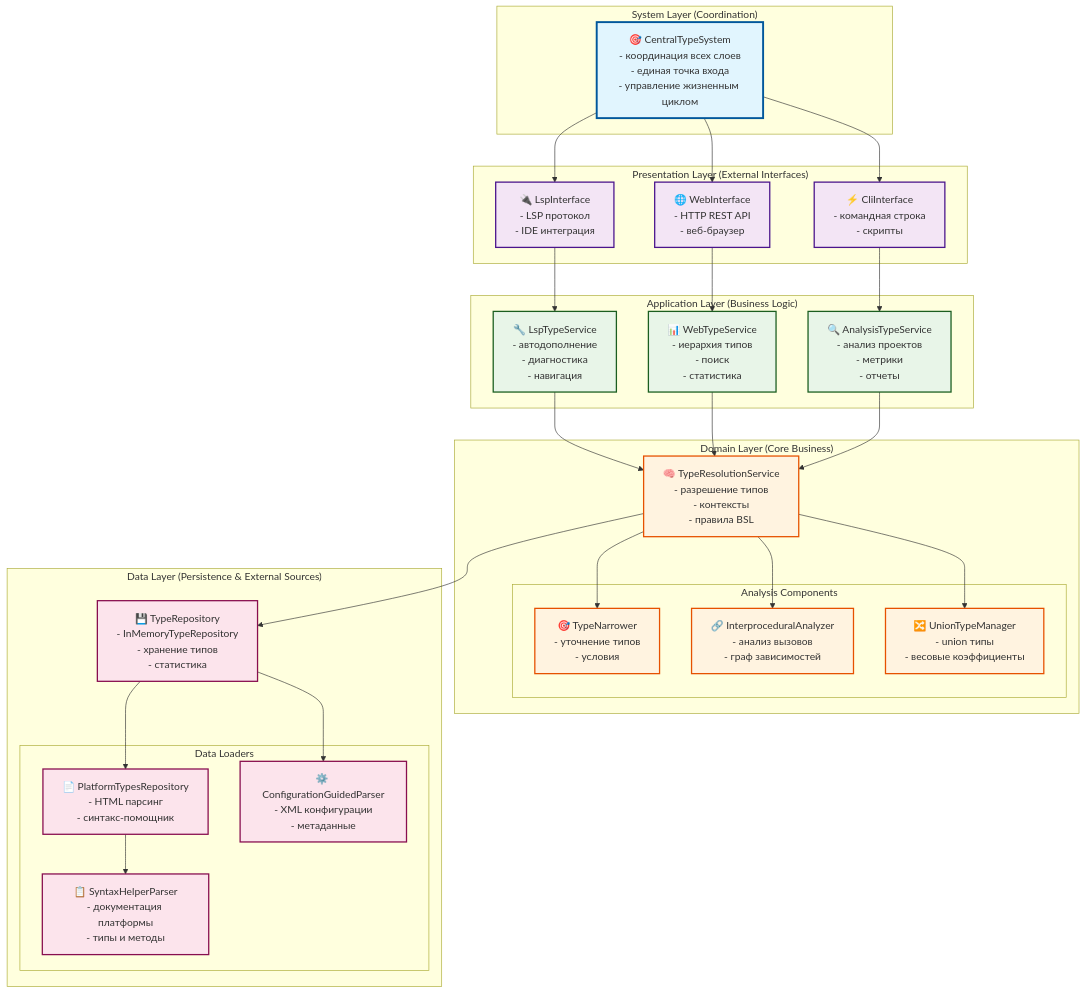
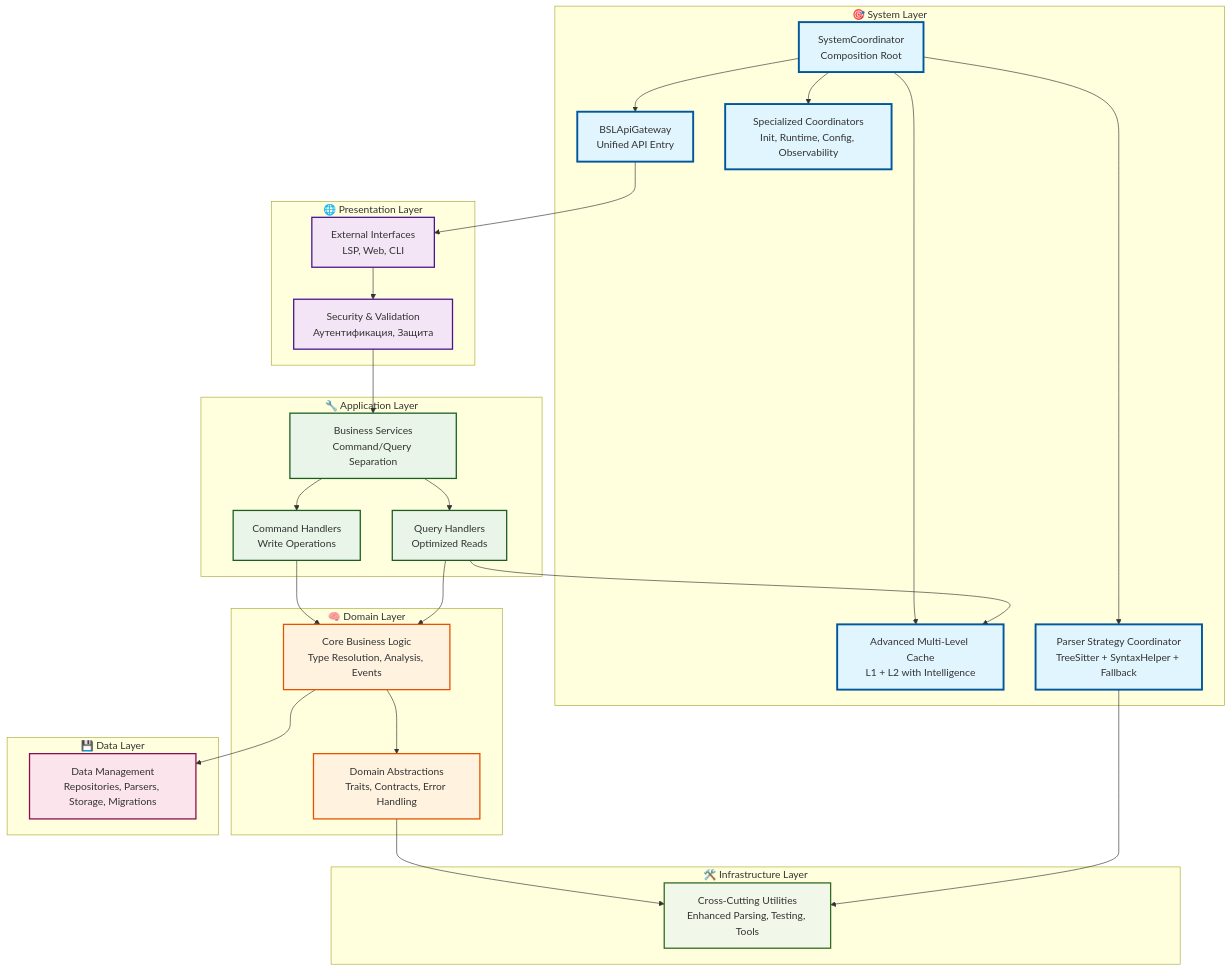
Before and after one commit to defin85/bsl-gradual-types: the first of 8 diagrams in docs/architecture_layers_diagram.md, drawn with Mermaid. The commit also changed other lines of this file and 68 other files, not shown here.

First line of the commit message:
feat: Implement System Coordinator and Type System Service

````diff
--- a/docs/architecture_layers_diagram.md
+++ b/docs/architecture_layers_diagram.md
@@ -5,74 +310,70 @@
 ```mermaid
 graph TB
-    subgraph "System Layer (Coordination)"
-        CentralTypeSystem["🎯 CentralTypeSystem<br/>- координация всех слоев<br/>- единая точка входа<br/>- управление жизненным циклом"]
+    subgraph "🎯 System Layer"
+        SystemCoord[SystemCoordinator<br/>Composition Root]
+        ApiGateway[BSLApiGateway<br/>Unified API Entry]
+        SpecializedCoords[Specialized Coordinators<br/>Init, Runtime, Config, Observability]
+        EnhancedCache[Advanced Multi-Level Cache<br/>L1 + L2 with Intelligence]
+        ParserStrategies[Parser Strategy Coordinator<br/>TreeSitter + SyntaxHelper + Fallback]
     end
 
-    subgraph "Presentation Layer (External Interfaces)"
-        LspInterface["🔌 LspInterface<br/>- LSP протокол<br/>- IDE интеграция"]
-        WebInterface["🌐 WebInterface<br/>- HTTP REST API<br/>- веб-браузер"]
-        CliInterface["⚡ CliInterface<br/>- командная строка<br/>- скрипты"]
+    subgraph "🌐 Presentation Layer"
+        Interfaces[External Interfaces<br/>LSP, Web, CLI]
+        Security[Security & Validation<br/>Аутентификация, Защита]
     end
 
-    subgraph "Application Layer (Business Logic)"
-        LspTypeService["🔧 LspTypeService<br/>- автодополнение<br/>- диагностика<br/>- навигация"]
-        WebTypeService["📊 WebTypeService<br/>- иерархия типов<br/>- поиск<br/>- статистика"]
-        AnalysisTypeService["🔍 AnalysisTypeService<br/>- анализ проектов<br/>- метрики<br/>- отчеты"]
+    subgraph "🔧 Application Layer"
+        Services[Business Services<br/>Command/Query Separation]
+        CommandHandlers[Command Handlers<br/>Write Operations]
+        QueryHandlers[Query Handlers<br/>Optimized Reads]
     end
 
-    subgraph "Domain Layer (Core Business)"
-        TypeResolutionService["🧠 TypeResolutionService<br/>- разрешение типов<br/>- контексты<br/>- правила BSL"]
-        
-        subgraph "Analysis Components"
-            TypeNarrower["🎯 TypeNarrower<br/>- уточнение типов<br/>- условия"]
-            InterproceduralAnalyzer["🔗 InterproceduralAnalyzer<br/>- анализ вызовов<br/>- граф зависимостей"]
-            UnionTypeManager["🔀 UnionTypeManager<br/>- union типы<br/>- весовые коэффициенты"]
-        end
+    subgraph "🧠 Domain Layer"
+        CoreLogic[Core Business Logic<br/>Type Resolution, Analysis, Events]
+        Abstractions[Domain Abstractions<br/>Traits, Contracts, Error Handling]
     end
 
-    subgraph "Data Layer (Persistence & External Sources)"
-        TypeRepository["💾 TypeRepository<br/>- InMemoryTypeRepository<br/>- хранение типов<br/>- статистика"]
-        
-        subgraph "Data Loaders"
-            PlatformTypesRepository["📄 PlatformTypesRepository<br/>- HTML парсинг<br/>- синтакс-помощник"]
-            ConfigurationGuidedParser["⚙️ ConfigurationGuidedParser<br/>- XML конфигурации<br/>- метаданные"]
-            SyntaxHelperParser["📋 SyntaxHelperParser<br/>- документация платформы<br/>- типы и методы"]
-        end
+    subgraph "🛠️ Infrastructure Layer"
+        CrossCutting[Cross-Cutting Utilities<br/>Enhanced Parsing, Testing, Tools]
     end
 
-    %% Правильные связи архитектуры
-    CentralTypeSystem --> LspInterface
-    CentralTypeSystem --> WebInterface
-    CentralTypeSystem --> CliInterface
+    subgraph "💾 Data Layer"
+        DataManagement[Data Management<br/>Repositories, Parsers, Storage, Migrations]
+    end
+
+    %% Enhanced flow with new components
+    SystemCoord --> ApiGateway
+    SystemCoord --> SpecializedCoords
+    SystemCoord --> EnhancedCache
+    SystemCoord --> ParserStrategies
     
-    LspInterface --> LspTypeService
-    WebInterface --> WebTypeService
-    CliInterface --> AnalysisTypeService
+    ApiGateway --> Interfaces
+    Interfaces --> Security
+    Security --> Services
     
-    LspTypeService --> TypeResolutionService
-    WebTypeService --> TypeResolutionService
-    AnalysisTypeService --> TypeResolutionService
+    Services --> CommandHandlers
+    Services --> QueryHandlers
+    CommandHandlers --> CoreLogic
+    QueryHandlers --> EnhancedCache
+    QueryHandlers --> CoreLogic
     
-    TypeResolutionService --> TypeRepository
-    TypeResolutionService --> TypeNarrower
-    TypeResolutionService --> InterproceduralAnalyzer
-    TypeResolutionService --> UnionTypeManager
+    CoreLogic --> Abstractions
+    Abstractions --> CrossCutting
+    CoreLogic --> DataManagement
+    ParserStrategies --> CrossCutting
+
+    %% Styling
+    classDef systemStyle fill:#e1f5fe,stroke:#01579b,stroke-width:3px
+    classDef presentationStyle fill:#f3e5f5,stroke:#4a148c,stroke-width:2px
+    classDef applicationStyle fill:#e8f5e8,stroke:#1b5e20,stroke-width:2px
+    classDef domainStyle fill:#fff3e0,stroke:#e65100,stroke-width:2px
+    classDef infrastructureStyle fill:#f1f8e9,stroke:#33691e,stroke-width:2px
+    classDef dataStyle fill:#fce4ec,stroke:#880e4f,stroke-width:2px
     
-    TypeRepository --> PlatformTypesRepository
-    TypeRepository --> ConfigurationGuidedParser
-    
-    PlatformTypesRepository --> SyntaxHelperParser
-    
-    %% Стили
-    classDef systemLayer fill:#e1f5fe,stroke:#01579b,stroke-width:3px
-    classDef presentationLayer fill:#f3e5f5,stroke:#4a148c,stroke-width:2px
-    classDef applicationLayer fill:#e8f5e8,stroke:#1b5e20,stroke-width:2px
-    classDef domainLayer fill:#fff3e0,stroke:#e65100,stroke-width:2px
-    classDef dataLayer fill:#fce4ec,stroke:#880e4f,stroke-width:2px
-    
-    class CentralTypeSystem systemLayer
-    class LspInterface,WebInterface,CliInterface presentationLayer
-    class LspTypeService,WebTypeService,AnalysisTypeService applicationLayer
-    class TypeResolutionService,TypeNarrower,InterproceduralAnalyzer,UnionTypeManager domainLayer
-    class TypeRepository,PlatformTypesRepository,ConfigurationGuidedParser,SyntaxHelperParser dataLayer
+    class SystemCoord,ApiGateway,SpecializedCoords,EnhancedCache,ParserStrategies systemStyle
+    class Interfaces,Security presentationStyle
+    class Services,CommandHandlers,QueryHandlers applicationStyle
+    class CoreLogic,Abstractions domainStyle
+    class CrossCutting infrastructureStyle
+    class DataManagement dataStyle
 ```
````
